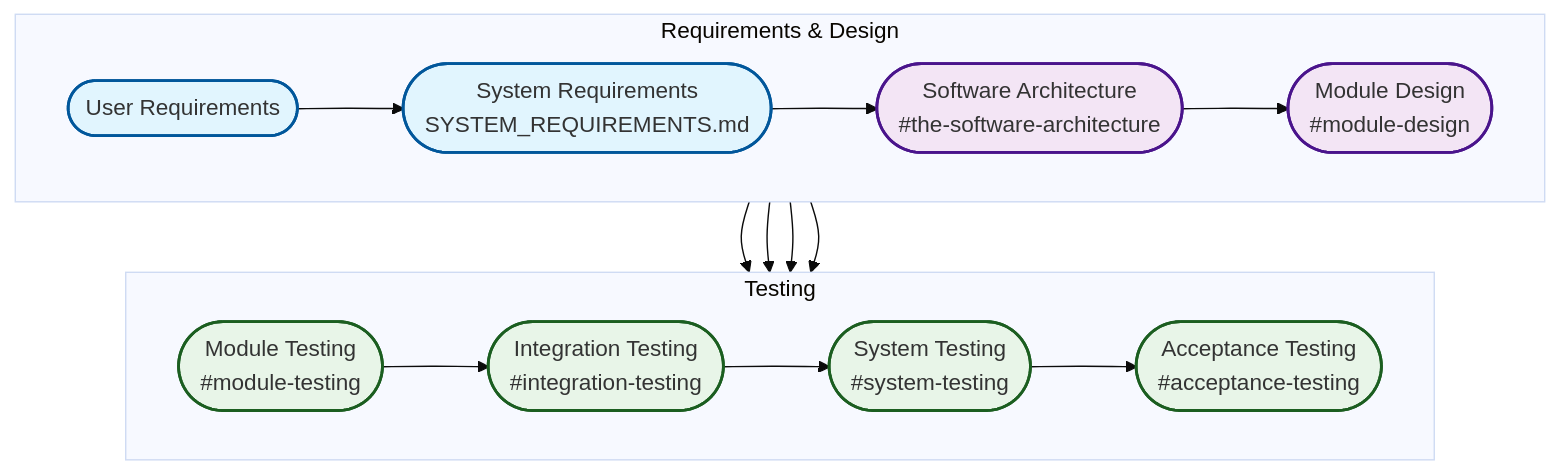
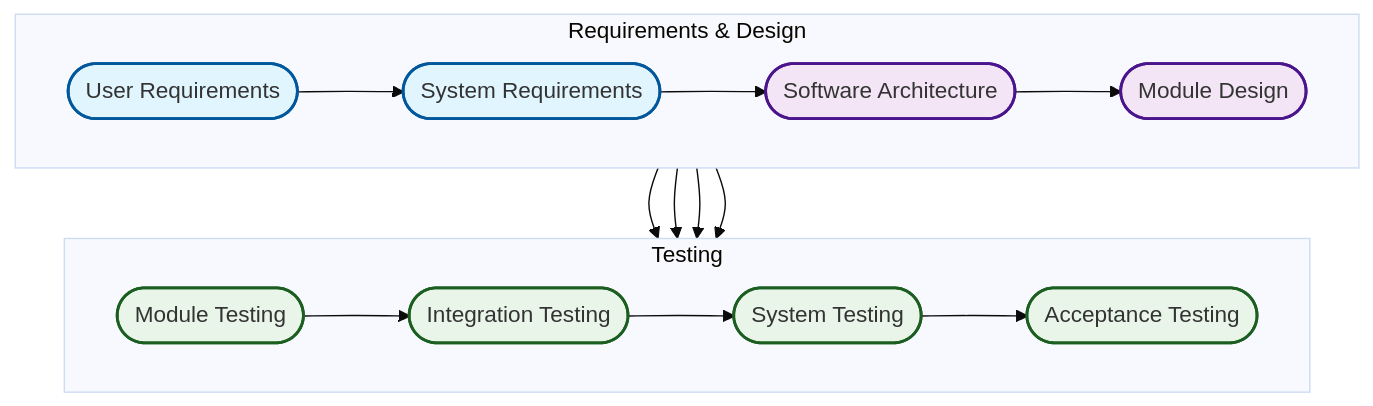
Before and after one commit to ArduPilot/MethodicConfigurator: the diagram in ARCHITECTURE.md, drawn with Mermaid (base theme). The commit also changed 7 other files, not shown here.

````diff
--- a/ARCHITECTURE.md
+++ b/ARCHITECTURE.md
@@ -11,40 +11,40 @@
 ```mermaid
 flowchart TB
     subgraph requirements["Requirements & Design"]
         direction LR
         Z([User Requirements]) --> A
-        A([System Requirements<br/>SYSTEM_REQUIREMENTS.md]) --> B([Software Architecture<br/>#the-software-architecture])
-        B --> C([Module Design<br/>#module-design])
+        A([System Requirements]) --> B([Software Architecture])
+        B --> C([Module Design])
     end
 
     subgraph testing["Testing"]
         direction LR
-        F --> G([Acceptance Testing<br/>#acceptance-testing])
-        E --> F([System Testing<br/>#system-testing])
-        D([Module Testing<br/>#module-testing]) --> E([Integration Testing<br/>#integration-testing])
+        F --> G([Acceptance Testing])
+        E --> F([System Testing])
+        D([Module Testing]) --> E([Integration Testing])
     end
 
     %% V-shape connections (crossing levels)
     Z --> G
     A --> F
     B --> E
     C --> D
 
     %% Clickable links
     click A "SYSTEM_REQUIREMENTS.md"
     click B "#the-software-architecture"
     click C "#module-design"
     click D "#module-testing"
     click E "#integration-testing"
     click F "#system-testing"
     click G "#acceptance-testing"
 
     %% Styling
     classDef requirement fill:#e1f5fe,stroke:#01579b,stroke-width:2px
     classDef design fill:#f3e5f5,stroke:#4a148c,stroke-width:2px
     classDef testing fill:#e8f5e8,stroke:#1b5e20,stroke-width:2px
 
     class A,Z requirement
     class B,C design
     class D,E,F,G testing
 ```
````
